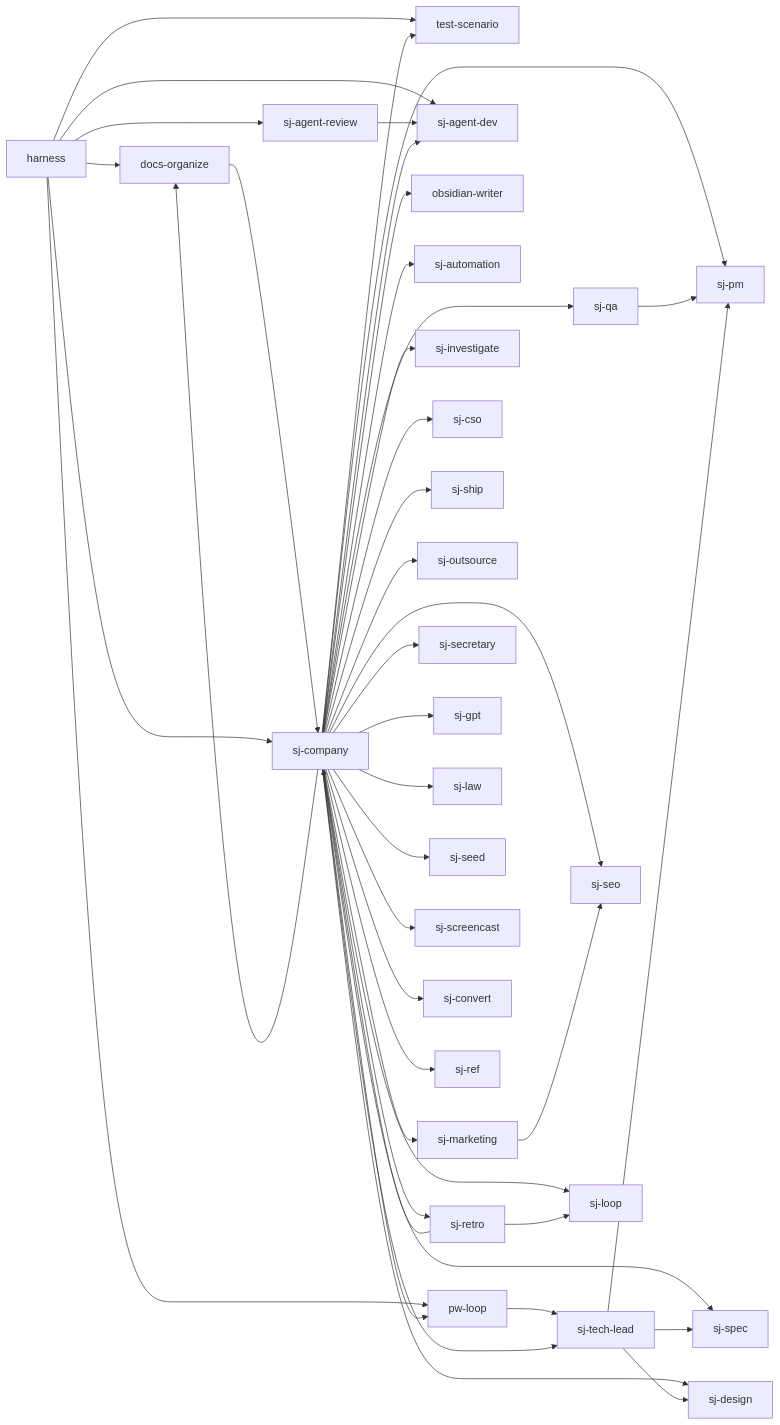
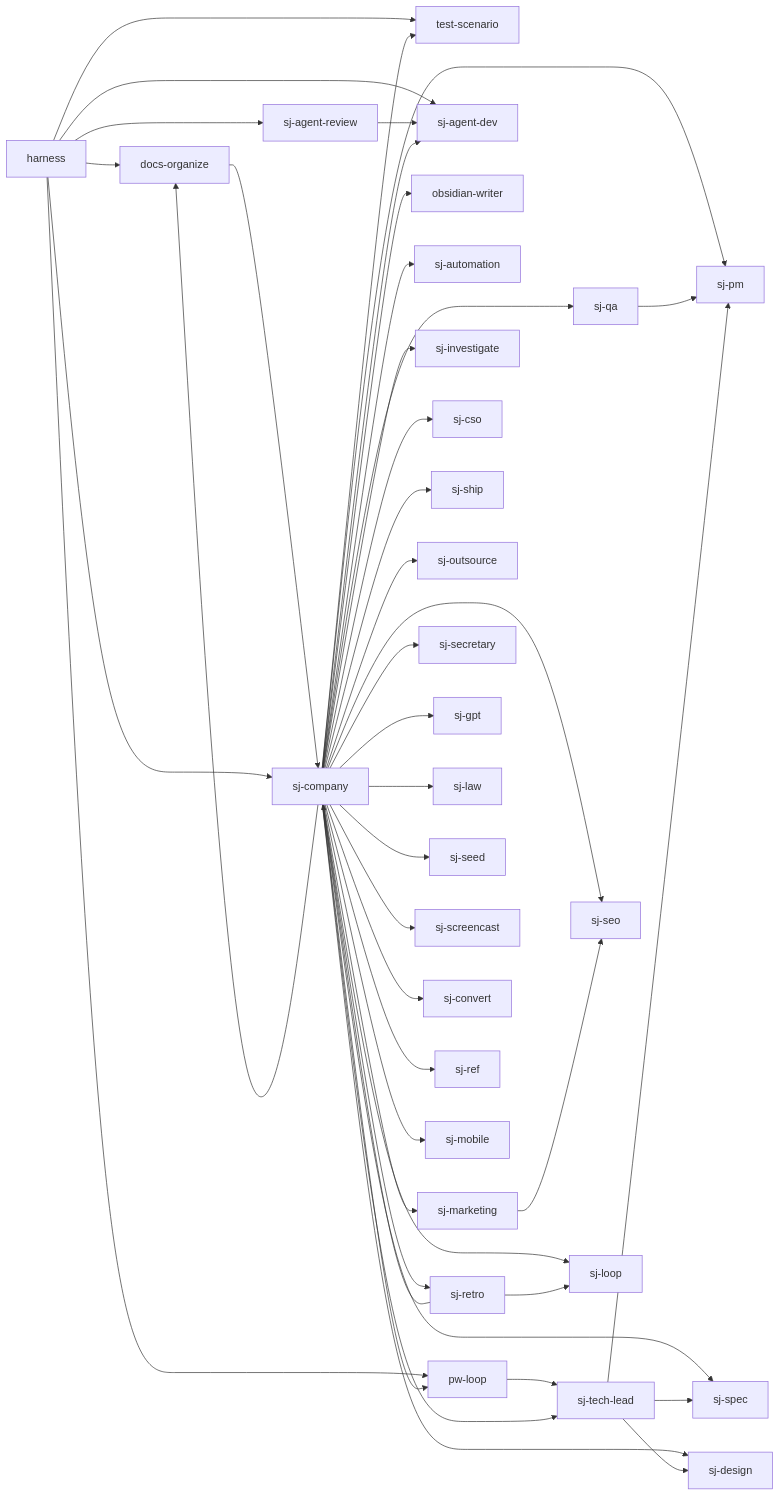
The diagram in docs/FEATURE-MAP.md (s0613/S-skills), drawn with Mermaid before and after one commit. The commit also changed other lines of this file and 13 other files, not shown here.

````diff
--- a/docs/FEATURE-MAP.md
+++ b/docs/FEATURE-MAP.md
@@ -6,45 +6,46 @@
 ```mermaid
 flowchart LR
   F01[docs-organize] --> F08[sj-company]
   F02[harness] --> F01
   F02 --> F26[test-scenario]
   F02 --> F04[pw-loop]
   F02 --> F08
   F02 --> F06[sj-agent-review]
   F02 --> F05[sj-agent-dev]
   F04 --> F25[sj-tech-lead]
   F06 --> F05
   F08 --> F18[sj-pm]
   F08 --> F25
   F08 --> F19[sj-qa]
   F08 --> F03[obsidian-writer]
   F08 --> F07[sj-automation]
   F08 --> F22[sj-seo]
   F08 --> F16[sj-marketing]
   F08 --> F24[sj-spec]
   F08 --> F13[sj-investigate]
   F08 --> F05
   F08 --> F09[sj-cso]
   F08 --> F23[sj-ship]
   F08 --> F17[sj-outsource]
   F08 --> F20[sj-retro]
   F08 --> F10[sj-design]
   F08 --> F21[sj-secretary]
   F08 --> F26
   F08 --> F04
   F08 --> F01
   F08 --> F15[sj-loop]
   F08 --> F12[sj-gpt]
   F08 --> F14[sj-law]
   F08 --> F27[sj-seed]
   F08 --> F28[sj-screencast]
   F08 --> F29[sj-convert]
   F08 --> F30[sj-ref]
+  F08 --> F32[sj-mobile]
   F16 --> F22
   F19 --> F18
   F20 --> F08
   F20 --> F15
   F25 --> F18
   F25 --> F24
   F25 --> F10
 ```
````
